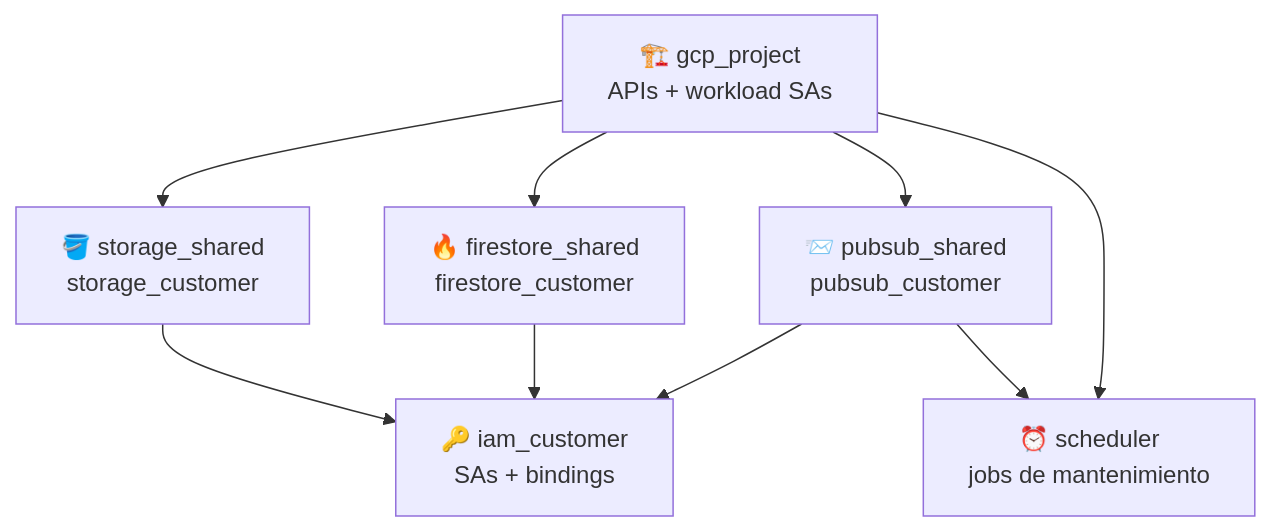
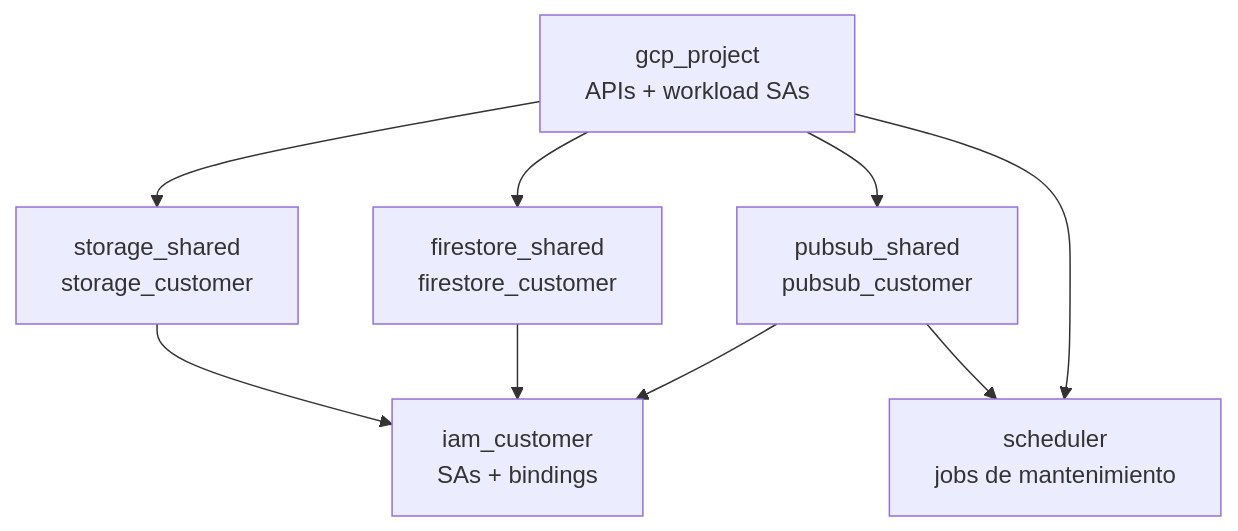
The sixth of 10 diagrams in vitesse_terraform_design.md (marioguaqueta/vitesse-message-pub-sub-service), drawn with Mermaid before and after one commit. The commit also changed other lines of this file and 1 other file, not shown here.

````diff
--- a/vitesse_terraform_design.md
+++ b/vitesse_terraform_design.md
@@ -718,19 +718,19 @@
 ```mermaid
 graph TD
-    A["🏗️ gcp_project\nAPIs + workload SAs"]
+  A["gcp_project\nAPIs + workload SAs"]
 
-    B["🪣 storage_shared\nstorage_customer"]
-    C["🔥 firestore_shared\nfirestore_customer"]
-    D["📨 pubsub_shared\npubsub_customer"]
-    E["🔑 iam_customer\nSAs + bindings"]
-    F["⏰ scheduler\njobs de mantenimiento"]
+  B["storage_shared\nstorage_customer"]
+  C["firestore_shared\nfirestore_customer"]
+  D["pubsub_shared\npubsub_customer"]
+  E["iam_customer\nSAs + bindings"]
+  F["scheduler\njobs de mantenimiento"]
 
-    A --> B
-    A --> C
-    A --> D
-    B --> E
-    C --> E
-    D --> E
-    D --> F
-    A --> F
+  A --> B
+  A --> C
+  A --> D
+  B --> E
+  C --> E
+  D --> E
+  D --> F
+  A --> F
 ```
````
